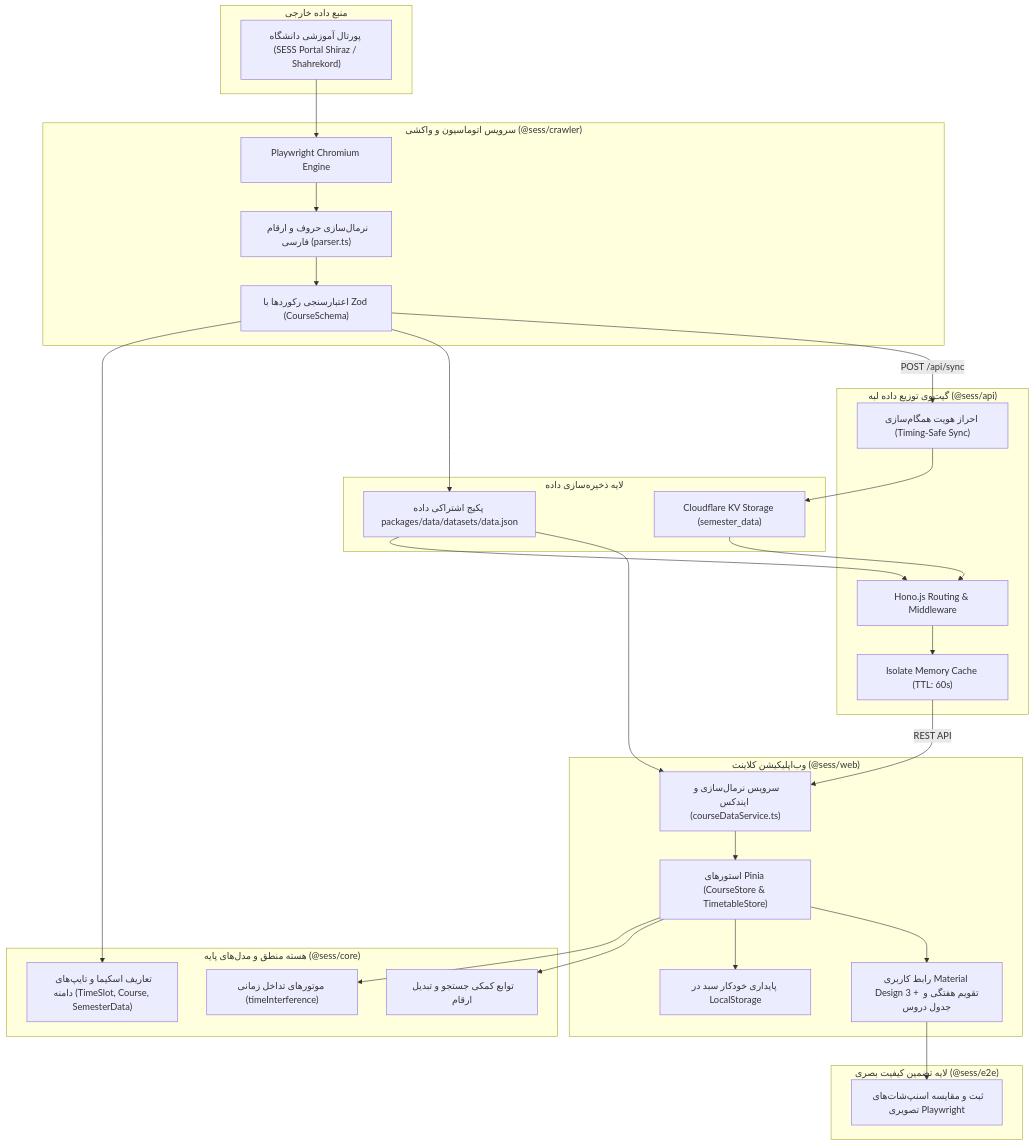
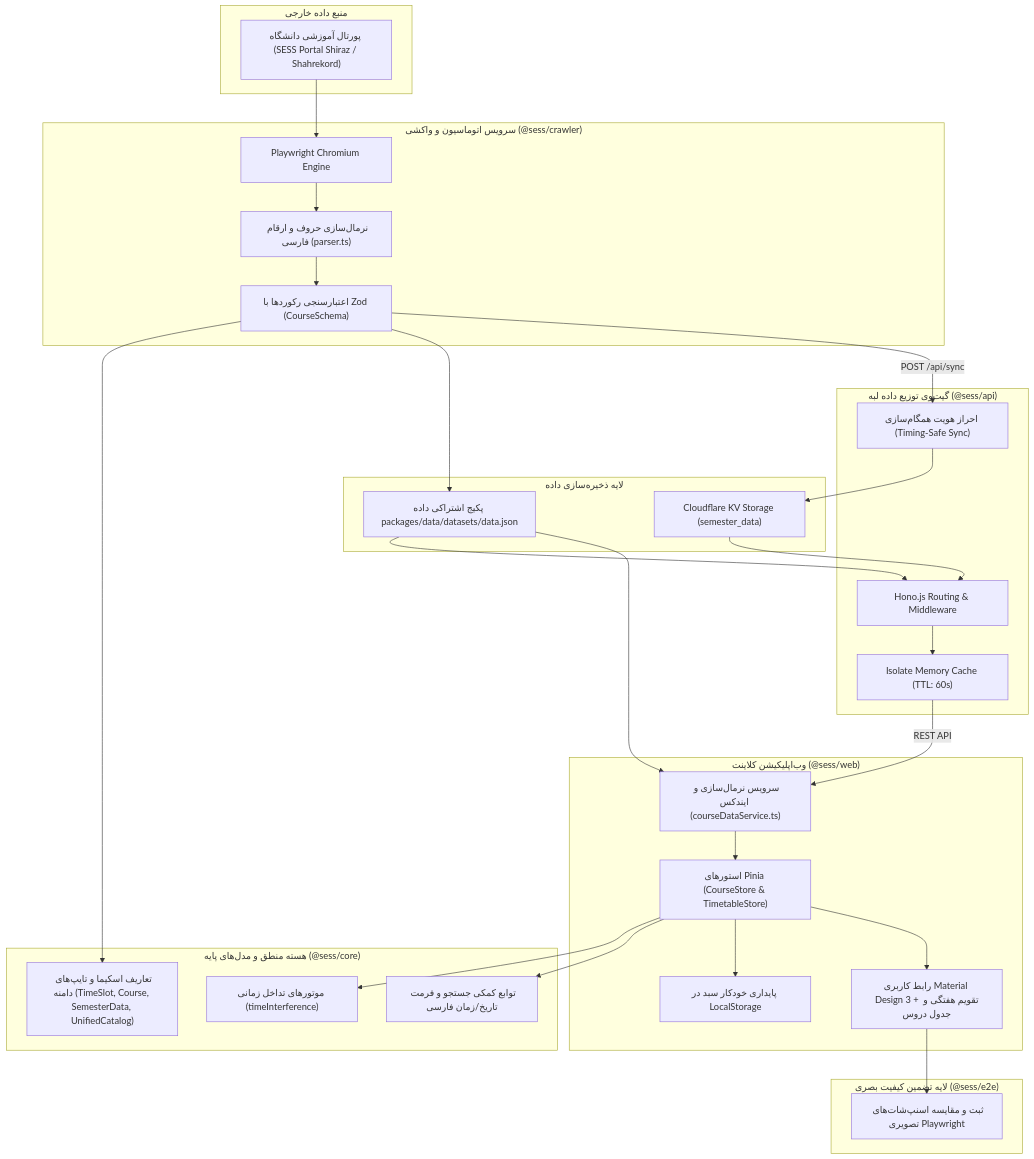
One commit to rashcode-com/Sess-Timetabling-App changed the diagram in apps/docs/architecture/core-first.md. Above: the diagram before and after it, drawn with Mermaid. The commit also changed 11 other files, not shown here.

````diff
--- a/apps/docs/architecture/core-first.md
+++ b/apps/docs/architecture/core-first.md
@@ -44,59 +44,59 @@
 ```mermaid
 flowchart TD
     subgraph SESS_Source ["منبع داده خارجی"]
         SESS["پورتال آموزشی دانشگاه (SESS Portal Shiraz / Shahrekord)"]
     end
 
     subgraph CrawlerLayer ["سرویس اتوماسیون و واکشی (@sess/crawler)"]
         PW["Playwright Chromium Engine"]
         NORM["نرمال‌سازی حروف و ارقام فارسی (parser.ts)"]
         VALIDATE["اعتبارسنجی رکوردها با Zod (CourseSchema)"]
     end
 
     subgraph CoreLayer ["هسته منطق و مدل‌های پایه (@sess/core)"]
-        SCHEMAS["تعاریف اسکیما و تایپ‌های دامنه (TimeSlot, Course, SemesterData)"]
+        SCHEMAS["تعاریف اسکیما و تایپ‌های دامنه (TimeSlot, Course, SemesterData, UnifiedCatalog)"]
         ENGINES["موتورهای تداخل زمانی (timeInterference)"]
-        HELPERS["توابع کمکی جستجو و تبدیل ارقام"]
+        HELPERS["توابع کمکی جستجو و فرمت تاریخ/زمان فارسی"]
     end
 
     subgraph StorageLayer ["لایه ذخیره‌سازی داده"]
         KV["Cloudflare KV Storage (semester_data)"]
         JSON["پکیج اشتراکی داده packages/data/datasets/data.json"]
     end
 
     subgraph APIGateway ["گیت‌وی توزیع داده لبه (@sess/api)"]
         HONO["Hono.js Routing & Middleware"]
         SECURE["احراز هویت همگام‌سازی (Timing-Safe Sync)"]
         CACHE["Isolate Memory Cache (TTL: 60s)"]
     end
 
     subgraph WebClient ["وب‌اپلیکیشن کلاینت (@sess/web)"]
         ETL["سرویس نرمال‌سازی و ایندکس (courseDataService.ts)"]
         STORES["استورهای Pinia (CourseStore & TimetableStore)"]
         PERSIST["پایداری خودکار سبد در LocalStorage"]
         GUI["رابط کاربری Material Design 3 + تقویم هفتگی و جدول دروس"]
     end
 
     subgraph E2ELayer ["لایه تضمین کیفیت بصری (@sess/e2e)"]
         SNAPSHOTS["ثبت و مقایسه اسنپ‌شات‌های تصویری Playwright"]
     end
 
     SESS --> PW
     PW --> NORM
     NORM --> VALIDATE
     VALIDATE --> SCHEMAS
     VALIDATE --> JSON
     VALIDATE -- POST /api/sync --> SECURE
     SECURE --> KV
     JSON --> HONO
     KV --> HONO
     HONO --> CACHE
     JSON --> ETL
     CACHE -- REST API --> ETL
     ETL --> STORES
     STORES --> ENGINES
     STORES --> HELPERS
     STORES --> PERSIST
     STORES --> GUI
     GUI --> SNAPSHOTS
 ```
````
